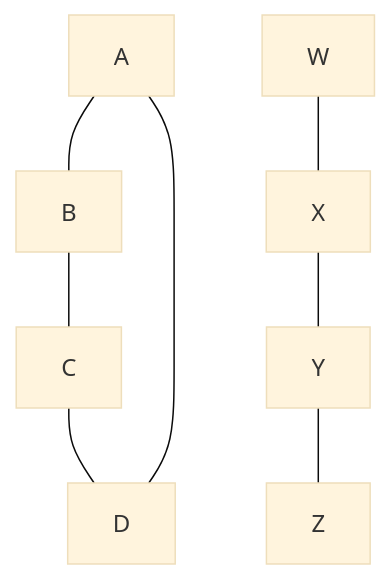
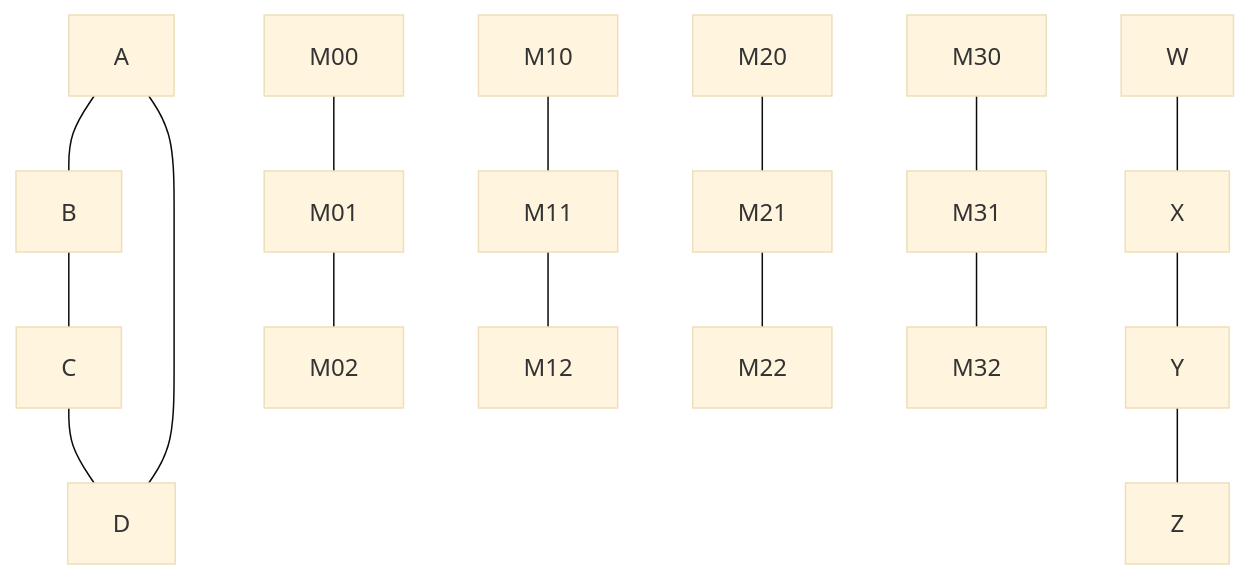
The diagram in tools/netgen/README.md (jordicf/FRAME), drawn with Mermaid (base theme) before and after one commit.

Commit message:
minor modification

````diff
--- a/tools/netgen/README.md
+++ b/tools/netgen/README.md
@@ -20,11 +20,20 @@
 ```mermaid
   graph TD;
       A---B;
       B---C;
       C---D;
       D---A;
       
       W---X;
       X---Y;
       Y---Z;
+      
+      M00 --- M01;
+      M01 --- M02;
+      M10 --- M11;
+      M11 --- M12;
+      M20 --- M21;
+      M21 --- M22;
+      M30 --- M31;
+      M31 --- M32;
 ```
````
